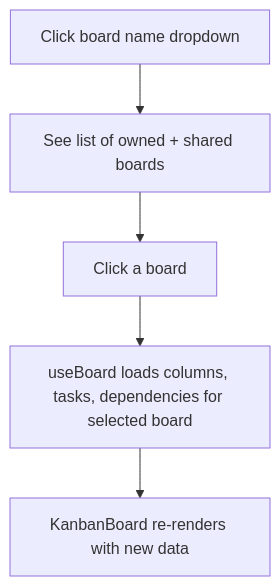
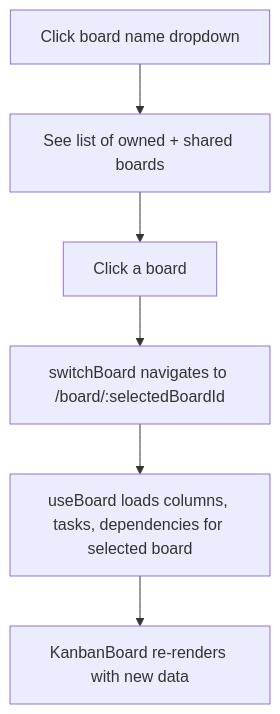
The seventh of 31 diagrams in userflow.md (PrakritOjha/flowlink-tasks), drawn with Mermaid before and after one commit. The commit also changed other lines of this file and 4 other files, not shown here.

First line of the commit message:
feat: Update user flow documentation with detailed steps for account creation, sign in, and board management

````diff
--- a/userflow.md
+++ b/userflow.md
@@ -79,7 +94,8 @@
 ```mermaid
 flowchart TD
     A[Click board name dropdown] --> B[See list of owned + shared boards]
     B --> C[Click a board]
-    C --> D[useBoard loads columns, tasks, dependencies for selected board]
-    D --> E[KanbanBoard re-renders with new data]
+    C --> D[switchBoard navigates to /board/:selectedBoardId]
+    D --> E[useBoard loads columns, tasks, dependencies for selected board]
+    E --> F[KanbanBoard re-renders with new data]
 ```
````
